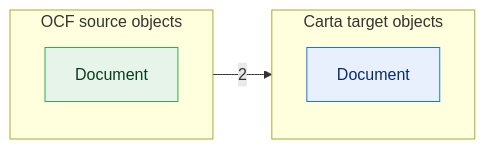
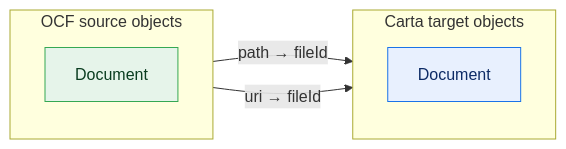
Before and after one commit to Open-Cap-Table-Coalition/OCF-Composed-Schemas: the fifth of 10 diagrams in core-rich/core-upstream.md, drawn with Mermaid. The commit also changed other lines of this file and 4 other files, not shown here.

First line of the commit message:
OCF Core: label loss-diagram edges with the property flowing

````diff
--- a/core-rich/core-upstream.md
+++ b/core-rich/core-upstream.md
@@ -108,16 +111,17 @@
 ```mermaid
 flowchart LR
   classDef adm fill:#e6f4ea,stroke:#34a853,color:#0b3d20;
   classDef notadm fill:#f1f3f4,stroke:#9aa0a6,color:#5f6368,stroke-dasharray:4 3;
   classDef carta fill:#e8f0fe,stroke:#1a73e8,color:#0d2b66;
   classDef sink fill:#fce8e6,stroke:#d93025,color:#5c0d06;
   subgraph SRC["OCF source objects"]
     direction TB
     o0["Document"]:::adm
   end
   subgraph TGT["Carta target objects"]
     direction TB
     t0["Document"]:::carta
   end
-  o0 -->|2| t0
+  o0 -->|"path → fileId"| t0
+  o0 -->|"uri → fileId"| t0
 ```
````
